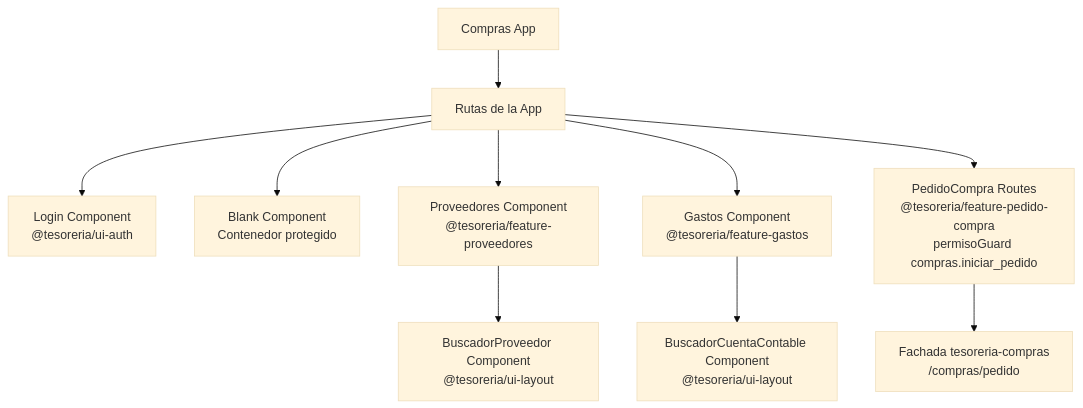
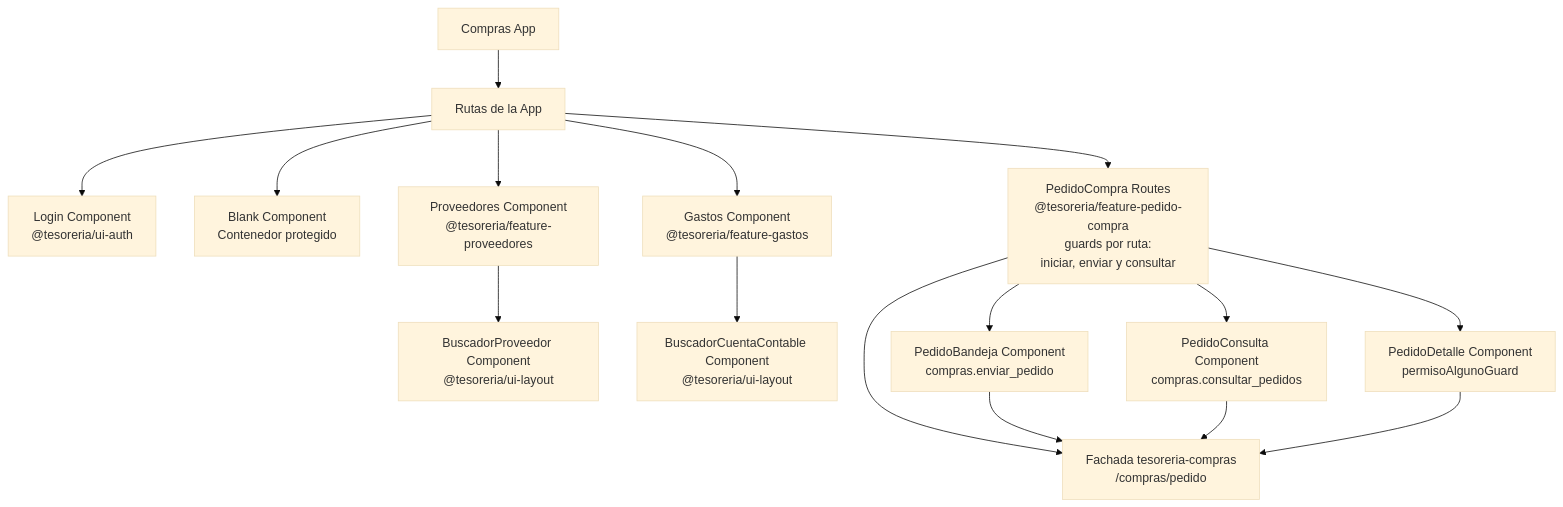
One commit to UM-services/UM.tesoreria.frontend-client changed the third of 7 diagrams in docs/architecture.md. Above: the diagram before and after it, drawn with Mermaid (base theme). The commit also changed other lines of this file and 1 other file, not shown here.

First line of the commit message:
docs: reflejar bandeja, consulta y autorizantes

````diff
--- a/docs/architecture.md
+++ b/docs/architecture.md
@@ -161,13 +164,19 @@
 ```mermaid
     flowchart TD
     ComprasApp["Compras App"] --> AppRoutes["Rutas de la App"]
     AppRoutes --> Login["Login Component<br/>@tesoreria/ui-auth"]
     AppRoutes --> Blank["Blank Component<br/>Contenedor protegido"]
     AppRoutes --> Proveedores["Proveedores Component<br/>@tesoreria/feature-proveedores"]
     AppRoutes --> Gastos["Gastos Component<br/>@tesoreria/feature-gastos"]
-    AppRoutes --> Pedidos["PedidoCompra Routes<br/>@tesoreria/feature-pedido-compra<br/>permisoGuard compras.iniciar_pedido"]
+    AppRoutes --> Pedidos["PedidoCompra Routes<br/>@tesoreria/feature-pedido-compra<br/>guards por ruta:<br/>iniciar, enviar y consultar"]
 
     Proveedores --> BuscadorProveedor["BuscadorProveedor Component<br/>@tesoreria/ui-layout"]
     Gastos --> BuscadorCuentaContable["BuscadorCuentaContable Component<br/>@tesoreria/ui-layout"]
+    Pedidos --> Bandeja["PedidoBandeja Component<br/>compras.enviar_pedido"]
+    Pedidos --> Consulta["PedidoConsulta Component<br/>compras.consultar_pedidos"]
+    Pedidos --> Detalle["PedidoDetalle Component<br/>permisoAlgunoGuard"]
     Pedidos --> PedidoAPI["Fachada tesoreria-compras<br/>/compras/pedido"]
+    Bandeja --> PedidoAPI
+    Consulta --> PedidoAPI
+    Detalle --> PedidoAPI
 ```
````
